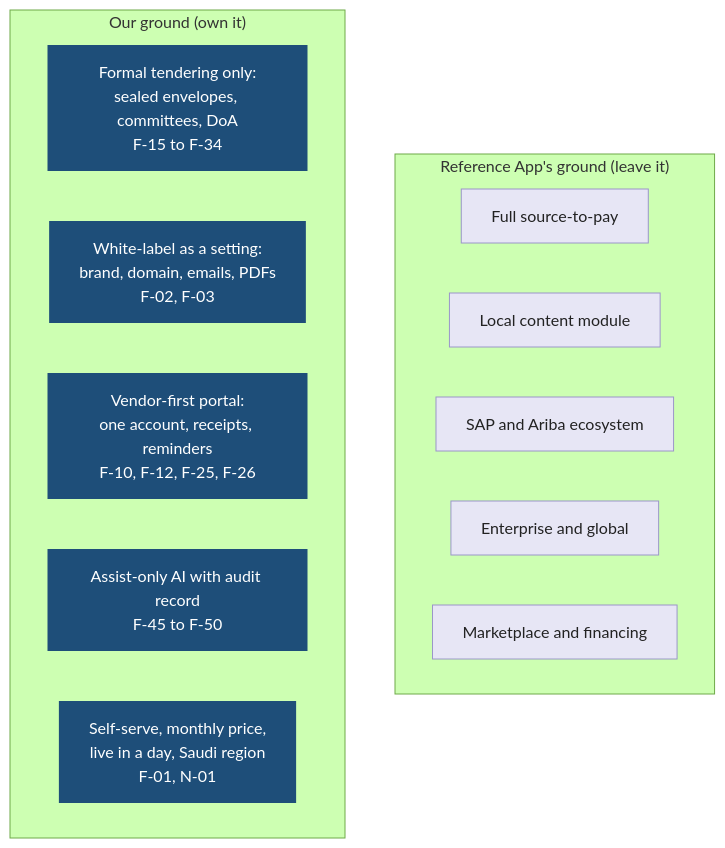
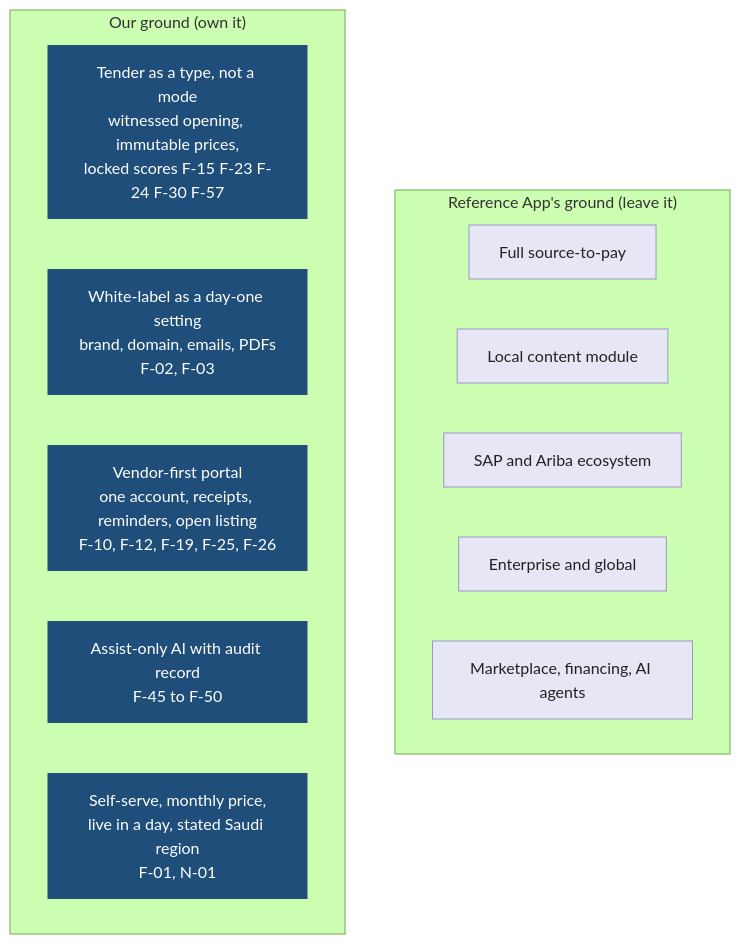
One commit to AhmedAssaf/ERP changed the third of 4 diagrams in docs/04-reference-app-analysis.md. Above: the diagram before and after it, drawn with Mermaid (forest theme). The commit also changed other lines of this file and 1 other file, not shown here.

````diff
--- a/docs/04-reference-app-analysis.md
+++ b/docs/04-reference-app-analysis.md
@@ -146,23 +238,23 @@
 ```mermaid
 flowchart TB
     classDef us fill:#1E4E79,color:#fff,stroke:none
     classDef them fill:#E7E6F5,color:#222,stroke:#9B96C9
 
     subgraph Reference App["Reference App's ground (leave it)"]
         direction LR
         T1[Full source-to-pay]:::them
         T2[Local content module]:::them
         T3[SAP and Ariba ecosystem]:::them
         T4[Enterprise and global]:::them
-        T5[Marketplace and financing]:::them
+        T5[Marketplace, financing, AI agents]:::them
     end
 
     subgraph Ours["Our ground (own it)"]
         direction LR
-        U1[Formal tendering only:<br/>sealed envelopes, committees, DoA<br/>F-15 to F-34]:::us
-        U2[White-label as a setting:<br/>brand, domain, emails, PDFs<br/>F-02, F-03]:::us
-        U3[Vendor-first portal:<br/>one account, receipts, reminders<br/>F-10, F-12, F-25, F-26]:::us
+        U1[Tender as a type, not a mode<br/>witnessed opening, immutable prices,<br/>locked scores F-15 F-23 F-24 F-30 F-57]:::us
+        U2[White-label as a day-one setting<br/>brand, domain, emails, PDFs<br/>F-02, F-03]:::us
+        U3[Vendor-first portal<br/>one account, receipts, reminders, open listing<br/>F-10, F-12, F-19, F-25, F-26]:::us
         U4[Assist-only AI with audit record<br/>F-45 to F-50]:::us
-        U5[Self-serve, monthly price,<br/>live in a day, Saudi region<br/>F-01, N-01]:::us
+        U5[Self-serve, monthly price,<br/>live in a day, stated Saudi region<br/>F-01, N-01]:::us
     end
 ```
````
